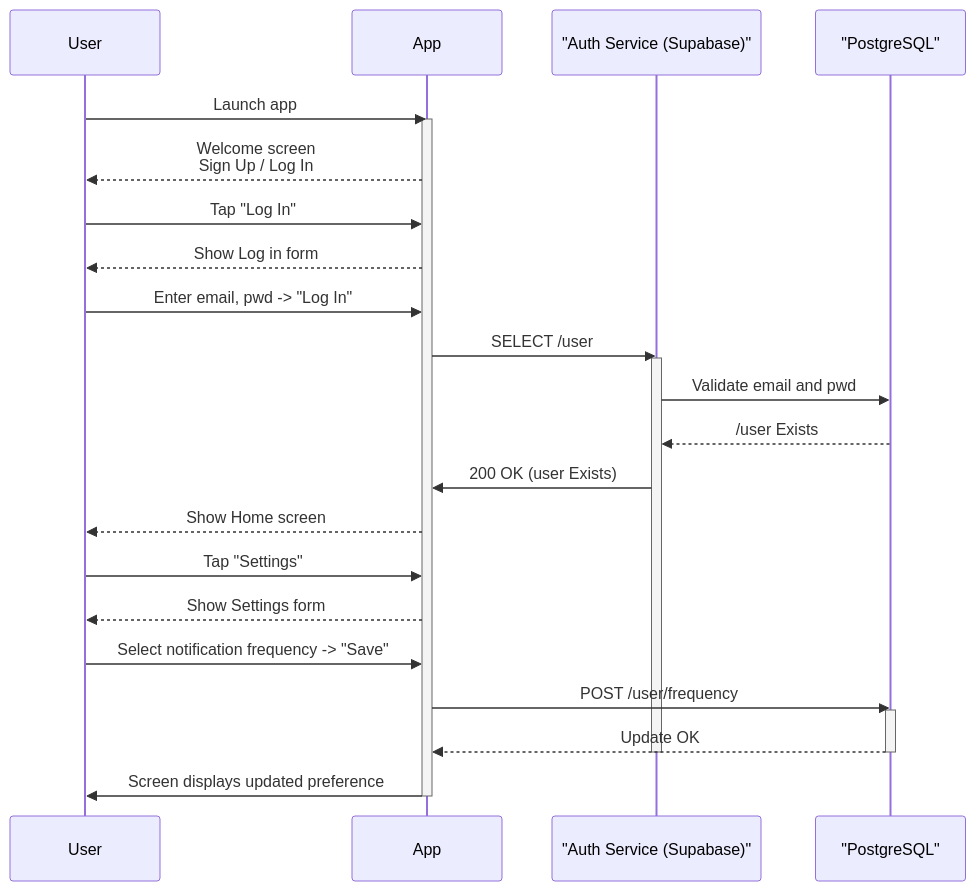
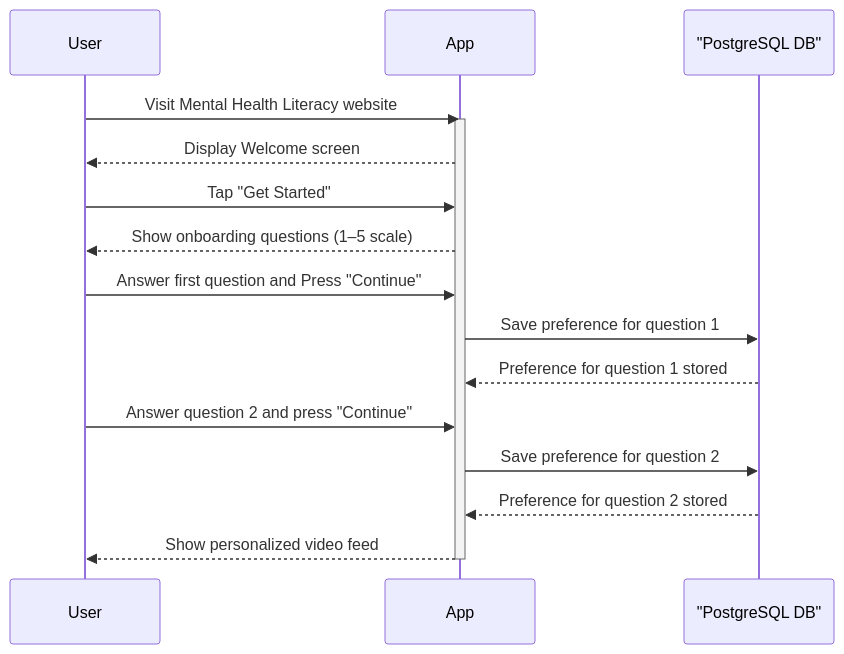
The first of 4 diagrams in documentation/docs/system-architecture/sequence-diagrams.md (Capstone-Projects-2025-Spring/project-mentalhealthliteracyapp), drawn with Mermaid before and after one commit. The commit also changed other lines of this file, not shown here.

````diff
--- a/documentation/docs/system-architecture/sequence-diagrams.md
+++ b/documentation/docs/system-architecture/sequence-diagrams.md
@@ -47,29 +11,24 @@
 ```mermaid
 sequenceDiagram
     participant User
     participant App
-    participant "Auth Service (Supabase)"
-    participant "PostgreSQL"
-    User->>App: Launch app
+    participant "PostgreSQL DB"
+
+    User->>App: Visit Mental Health Literacy website
     activate App
-    App-->>User: Welcome screen<br>Sign Up / Log In
-    User->>App: Tap "Log In"
-    App-->>User: Show Log in form
-    User->>App: Enter email, pwd -> "Log In"
-    App->>"Auth Service (Supabase)": SELECT /user
-    activate "Auth Service (Supabase)"
-    "Auth Service (Supabase)"->>"PostgreSQL": Validate email and pwd
-    "PostgreSQL"-->>"Auth Service (Supabase)": /user Exists
-    "Auth Service (Supabase)"->>App: 200 OK (user Exists)
-    App-->>User: Show Home screen
-    User->>App: Tap "Settings"
-    App-->>User: Show Settings form
-    User->>App: Select notification frequency -> "Save"
-    App->>"PostgreSQL": POST /user/frequency
-    activate "PostgreSQL"
-    "PostgreSQL"-->>App: Update OK
-    deactivate "PostgreSQL"
-    deactivate "Auth Service (Supabase)"
-    App->>User: Screen displays updated preference
+    App-->>User: Display Welcome screen
+
+    User->>App: Tap "Get Started"
+    App-->>User: Show onboarding questions (1–5 scale)
+
+    User->>App: Answer first question and Press "Continue"
+    App->>"PostgreSQL DB": Save preference for question 1
+    "PostgreSQL DB"-->>App: Preference for question 1 stored
+
+    User->>App: Answer question 2 and press "Continue"
+    App->>"PostgreSQL DB": Save preference for question 2
+    "PostgreSQL DB"-->>App: Preference for question 2 stored
+
+    App-->>User: Show personalized video feed
     deactivate App
 ```
````
